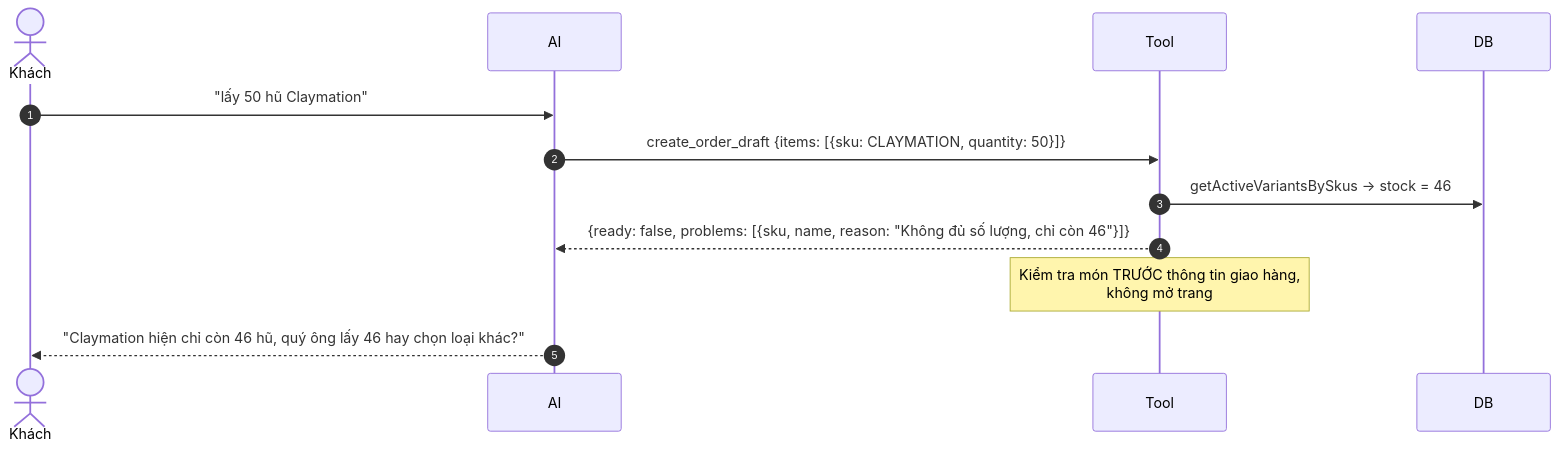
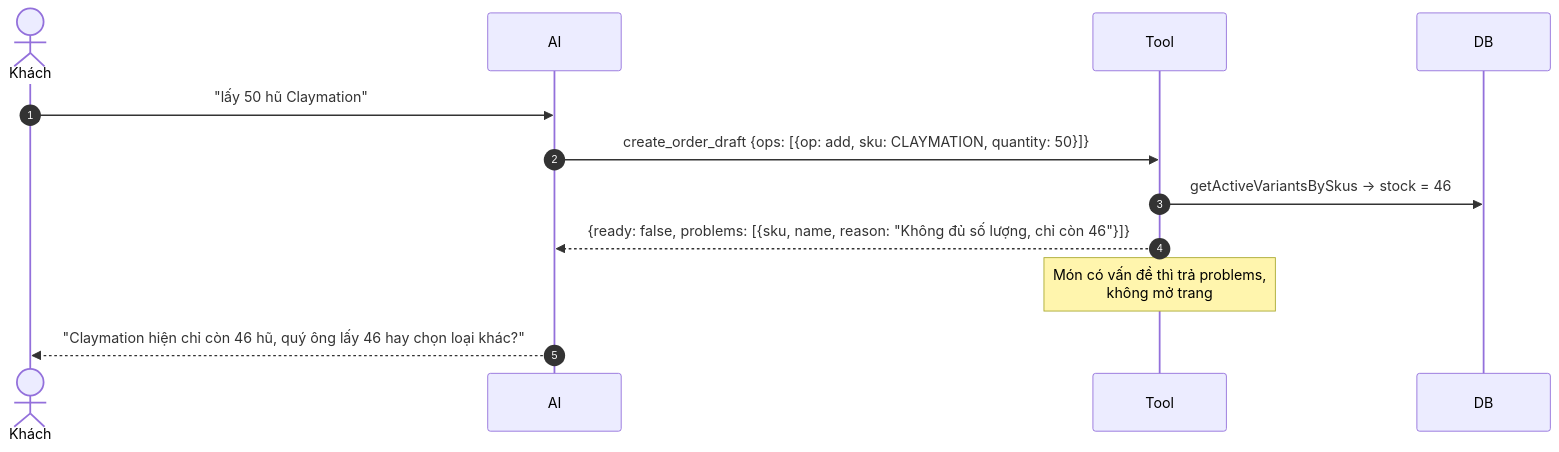
The fourth of 10 diagrams in docs/chat-ai/len-don-nhanh/03-luong-xu-ly.md (zdevlongnguz-blip/du-an-1), drawn with Mermaid before and after one commit. The commit also changed other lines of this file and 14 other files, not shown here.

````diff
--- a/docs/chat-ai/len-don-nhanh/03-luong-xu-ly.md
+++ b/docs/chat-ai/len-don-nhanh/03-luong-xu-ly.md
@@ -111,15 +111,15 @@
 ```mermaid
 sequenceDiagram
     autonumber
     actor K as Khách
     participant AI
     participant Tool
     participant DB
 
     K->>AI: "lấy 50 hũ Claymation"
-    AI->>Tool: create_order_draft {items: [{sku: CLAYMATION, quantity: 50}]}
+    AI->>Tool: create_order_draft {ops: [{op: add, sku: CLAYMATION, quantity: 50}]}
     Tool->>DB: getActiveVariantsBySkus → stock = 46
     Tool-->>AI: {ready: false, problems: [{sku, name, reason: "Không đủ số lượng, chỉ còn 46"}]}
-    Note over Tool: Kiểm tra món TRƯỚC thông tin giao hàng,<br/>không mở trang
+    Note over Tool: Món có vấn đề thì trả problems,<br/>không mở trang
     AI-->>K: "Claymation hiện chỉ còn 46 hũ, quý ông lấy 46 hay chọn loại khác?"
 ```
````
